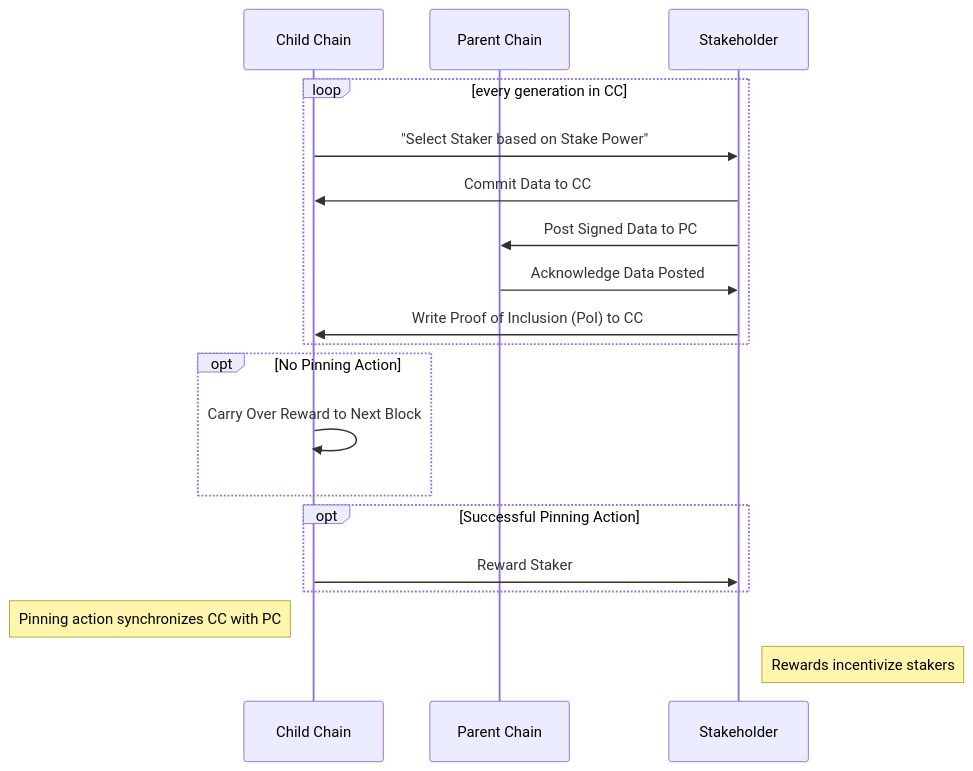
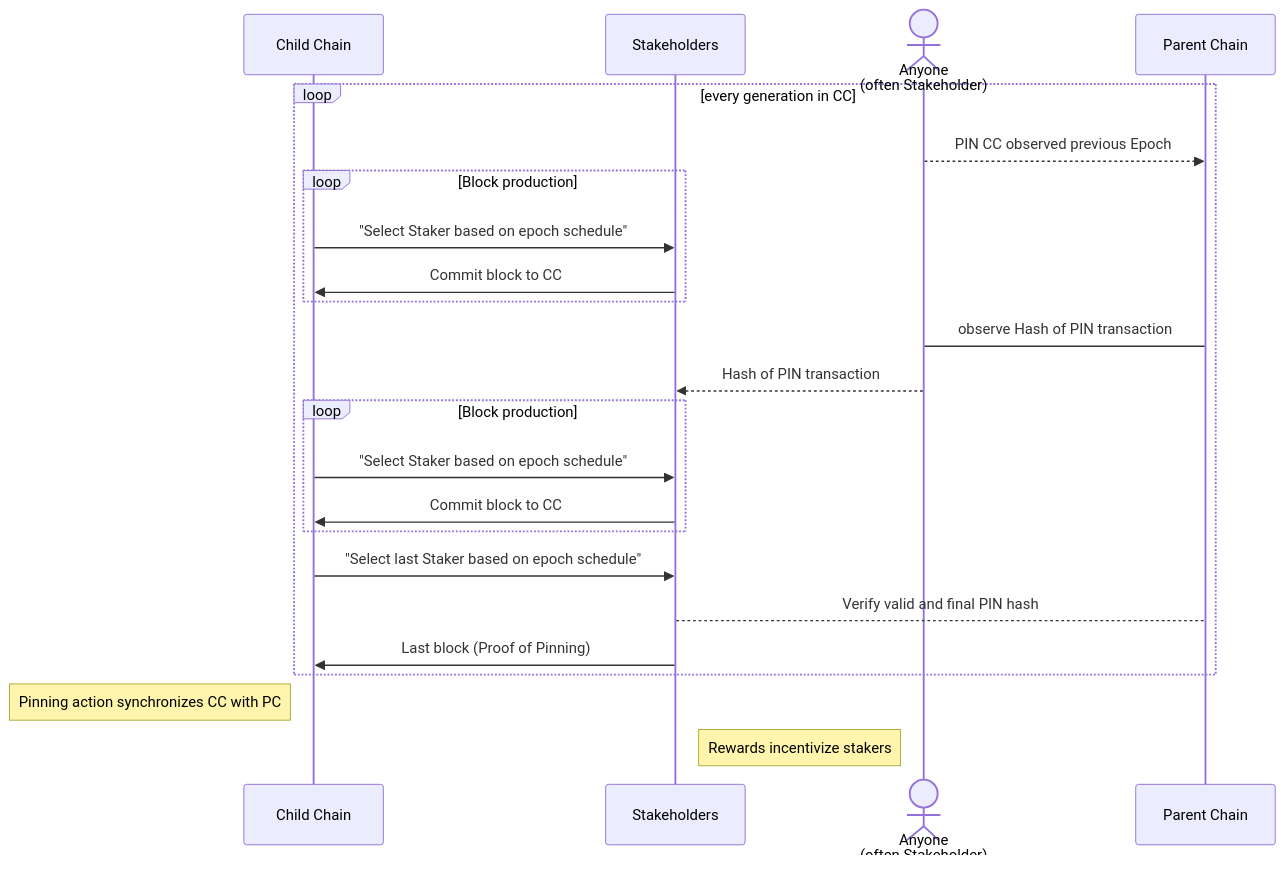
Before and after one commit to aeternity/docs: the second of 9 diagrams in Developer Documentation/hyperchains-whitepaper/Periodically-Syncing-HyperChains.md, drawn with Mermaid. The commit also changed other lines of this file, not shown here.

````diff
--- a/Developer Documentation/hyperchains-whitepaper/Periodically-Syncing-HyperChains.md
+++ b/Developer Documentation/hyperchains-whitepaper/Periodically-Syncing-HyperChains.md
@@ -282,26 +282,28 @@
 ```mermaid
 sequenceDiagram
-  participant CC as Child Chain
-  participant PC as Parent Chain
-  participant S as Stakeholder
+    participant CC as Child Chain
+    participant S as Stakeholders
+    actor User as Anyone<br>(often Stakeholder)
+    participant PC as Parent Chain
 
-  loop every generation in CC
+    loop every generation in CC
 
-    CC->>S: "Select Staker based on Stake Power"
-    S->>CC: Commit Data to CC
-    S->>PC: Post Signed Data to PC
-    PC->>S: Acknowledge Data Posted
-    S->>CC: Write Proof of Inclusion (PoI) to CC
-  end
+      User -->> PC: PIN CC observed previous Epoch
+      loop Block production
+        CC->>S: "Select Staker based on epoch schedule"
+        S->>CC: Commit block to CC
+      end
+      User -> PC: observe Hash of PIN transaction
+      User -->> S: Hash of PIN transaction
+      loop Block production
+        CC->>S: "Select Staker based on epoch schedule"
+        S->>CC: Commit block to CC
+      end
+      CC->>S: "Select last Staker based on epoch schedule"
+      S-->PC: Verify valid and final PIN hash
+      S->>CC: Last block (Proof of Pinning)
+    end
 
-  opt No Pinning Action
-    CC->>CC: Carry Over Reward to Next Block
-  end
-
-   opt Successful Pinning Action
-     CC->>S: Reward Staker
-   end
-  Note left of CC: Pinning action synchronizes CC with PC
-  Note right of S: Rewards incentivize stakers
-
+   Note left of CC: Pinning action synchronizes CC with PC
+   Note right of S: Rewards incentivize stakers
 ```
````
